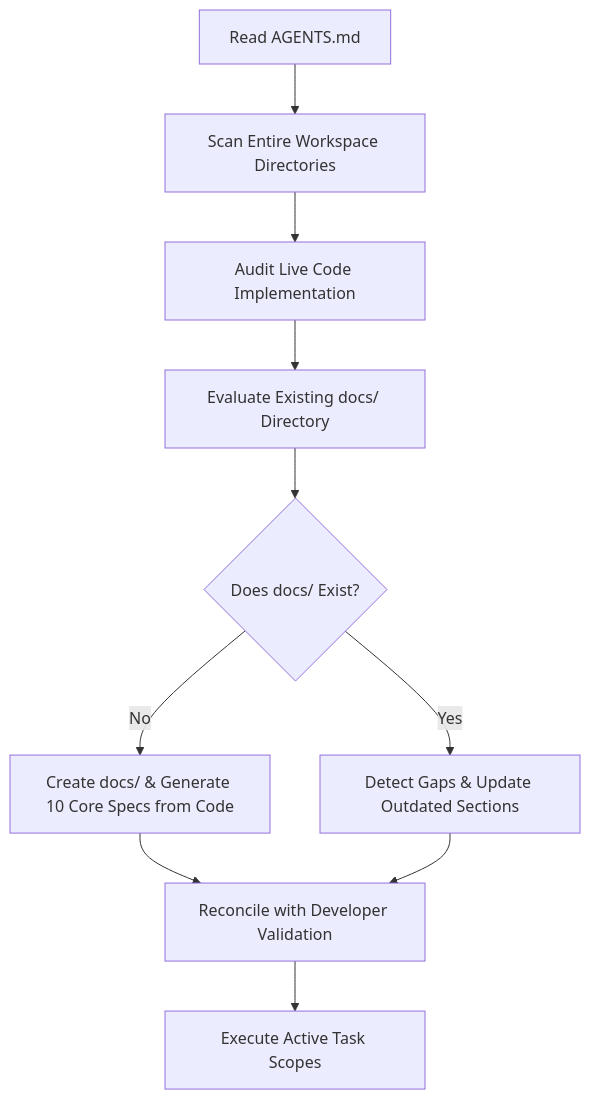
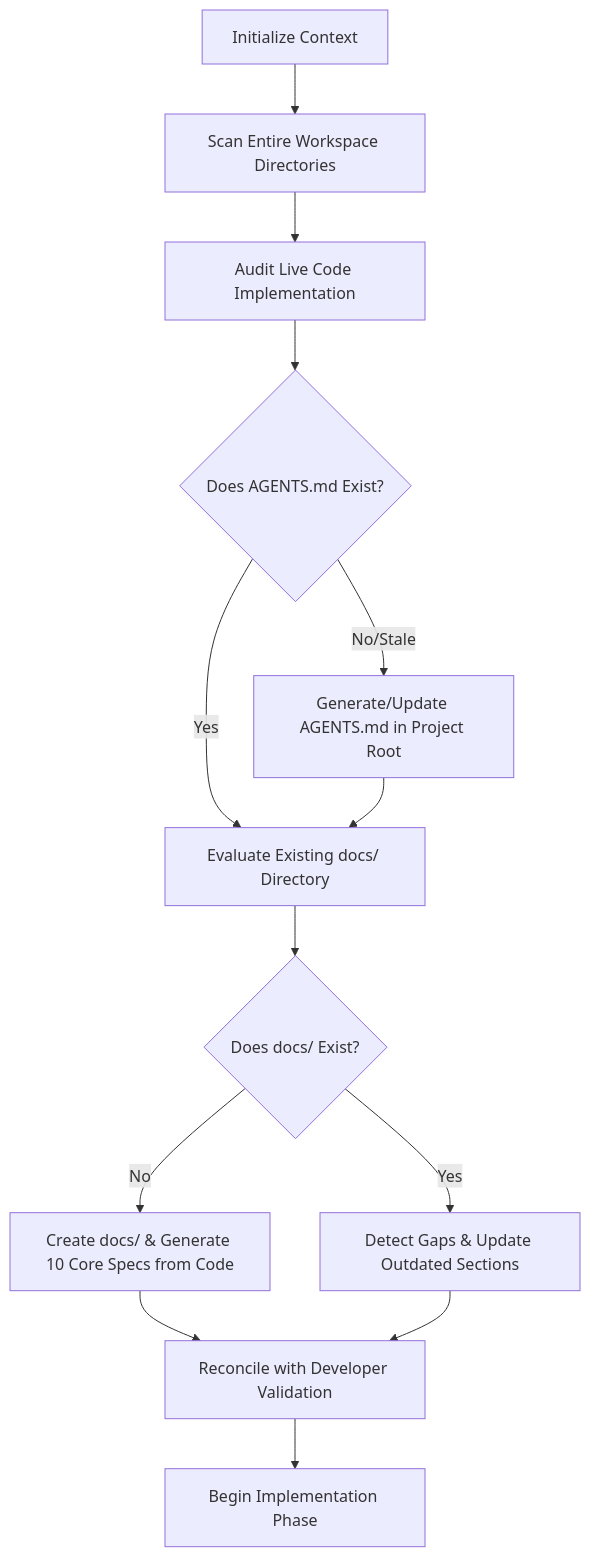
The diagram in workflows/ExistingProjectBootstrap.md (LordCodex/promptengine), drawn with Mermaid before and after one commit. The commit also changed other lines of this file and 184 other files, not shown here.

Commit message:
feat: bootstrap initial prompt engine architecture, core domain logic, and CLI scaffolding

````diff
--- a/workflows/ExistingProjectBootstrap.md
+++ b/workflows/ExistingProjectBootstrap.md
@@ -38,12 +40,15 @@
 ```mermaid
 graph TD
-    A[Read AGENTS.md] --> B[Scan Entire Workspace Directories]
+    A[Initialize Context] --> B[Scan Entire Workspace Directories]
     B --> C[Audit Live Code Implementation]
-    C --> D[Evaluate Existing docs/ Directory]
-    D --> E{Does docs/ Exist?}
-    E -- No --> F[Create docs/ & Generate 10 Core Specs from Code]
-    E -- Yes --> G[Detect Gaps & Update Outdated Sections]
-    F --> H[Reconcile with Developer Validation]
-    G --> H
-    H --> I[Execute Active Task Scopes]
+    C --> D{Does AGENTS.md Exist?}
+    D -- No/Stale --> E[Generate/Update AGENTS.md in Project Root]
+    D -- Yes --> F[Evaluate Existing docs/ Directory]
+    E --> F
+    F --> G{Does docs/ Exist?}
+    G -- No --> H[Create docs/ & Generate 10 Core Specs from Code]
+    G -- Yes --> I[Detect Gaps & Update Outdated Sections]
+    H --> J[Reconcile with Developer Validation]
+    I --> J
+    J --> K[Begin Implementation Phase]
 ```
````
